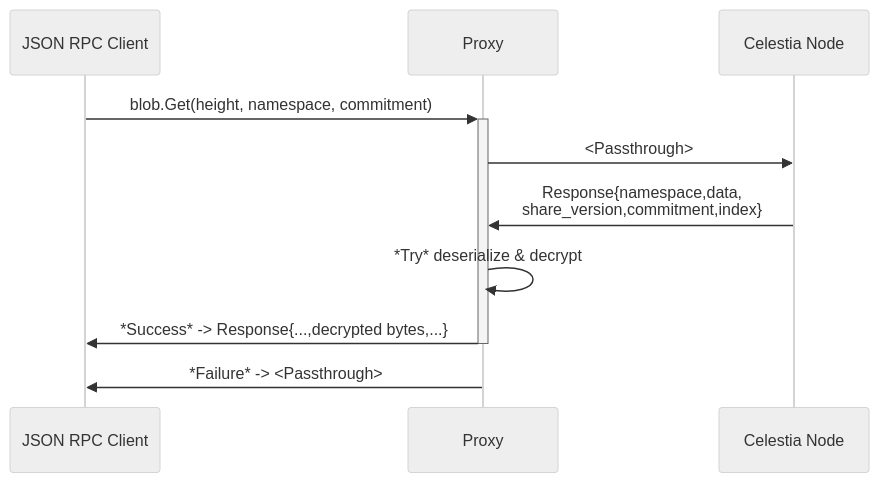
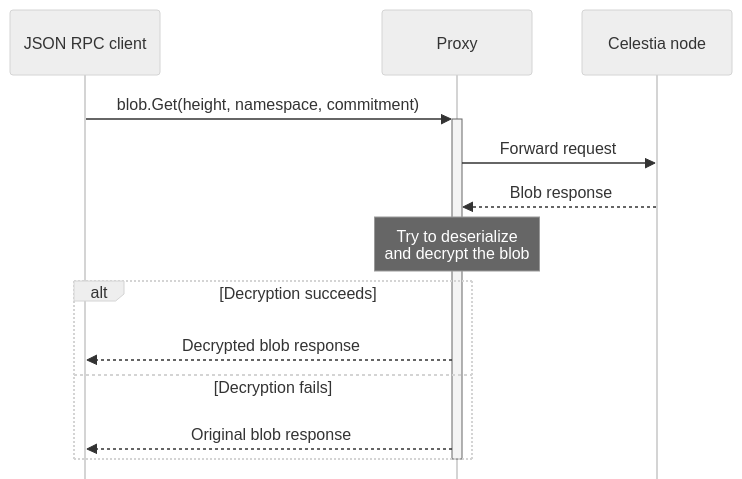
The second of 2 diagrams in app/build/private-blockspace/about/page.mdx (celestiaorg/docs), drawn with Mermaid (neutral theme) before and after one commit. The commit also changed other lines of this file and 3 other files, not shown here.

First line of the commit message:
docs: improve diagram layout and readability (#2662)

````diff
--- a/app/build/private-blockspace/about/page.mdx
+++ b/app/build/private-blockspace/about/page.mdx
@@ -54,13 +61,23 @@
 ```mermaid
+---
+config:
+  sequence:
+    mirrorActors: false
+    useMaxWidth: false
+---
 sequenceDiagram
-    participant JSON RPC Client
+    participant Client as JSON RPC client
     participant Proxy
-    participant Celestia Node
+    participant Node as Celestia node
 
-    JSON RPC Client->>+Proxy: blob.Get(height, namespace, commitment)
-    Proxy->>Celestia Node: <Passthrough>
-    Celestia Node->>Proxy: Response{namespace,data,<br>share_version,commitment,index}
-    Proxy->>Proxy: *Try* deserialize & decrypt
-    Proxy->>-JSON RPC Client: *Success* -> Response{...,decrypted bytes,...}
-    Proxy->>JSON RPC Client: *Failure* -> <Passthrough>
+    Client->>+Proxy: blob.Get(height, namespace, commitment)
+    Proxy->>Node: Forward request
+    Node-->>Proxy: Blob response
+    Note over Proxy: Try to deserialize<br/>and decrypt the blob
+    alt Decryption succeeds
+        Proxy-->>Client: Decrypted blob response
+    else Decryption fails
+        Proxy-->>Client: Original blob response
+    end
+    deactivate Proxy
 ```
````
